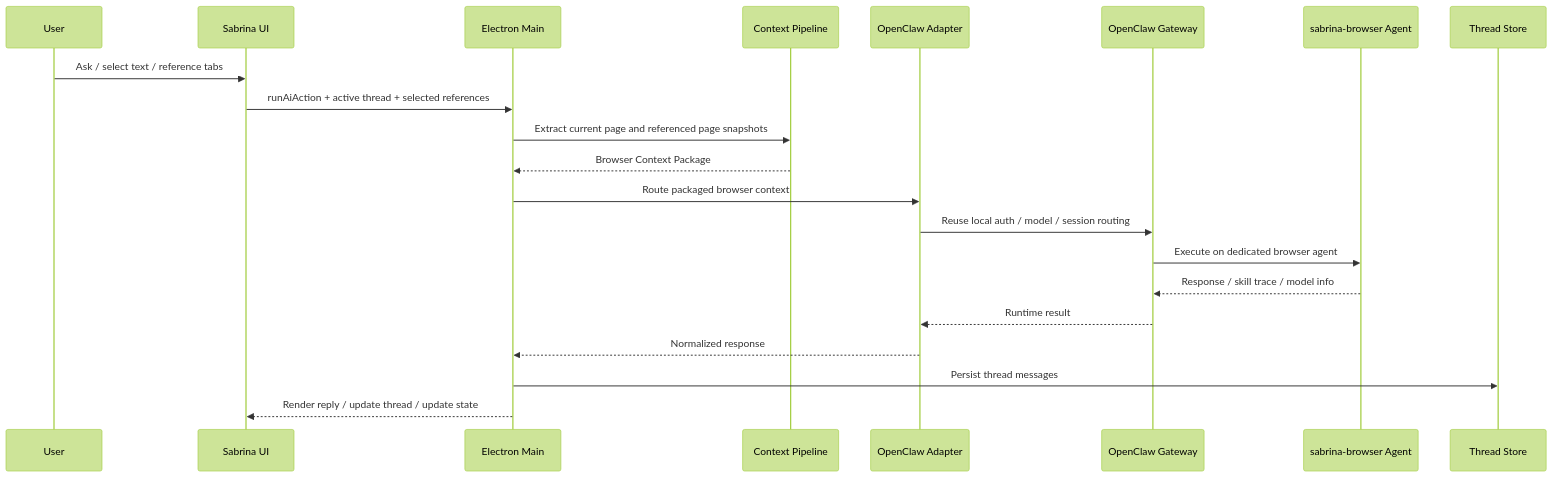
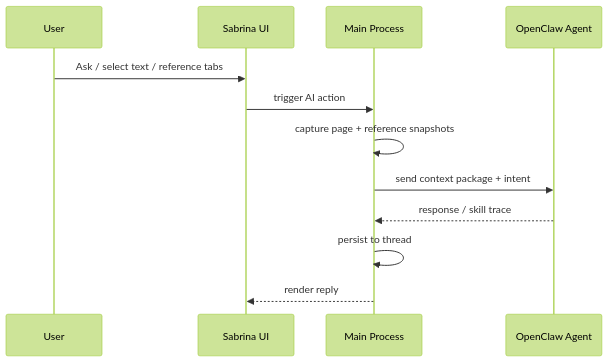
The second of 2 diagrams in README_EN.md (jiaqi015/openclaw-ai-browser), drawn with Mermaid (forest theme) before and after one commit. The commit also changed other lines of this file and 1 other file, not shown here.

First line of the commit message:
simplify: replace detailed arch diagrams with clean 3-layer view

````diff
--- a/README_EN.md
+++ b/README_EN.md
@@ -161,24 +145,15 @@
 ```mermaid
 sequenceDiagram
   participant U as User
   participant UI as Sabrina UI
-  participant Main as Electron Main
-  participant Ctx as Context Pipeline
-  participant OC as OpenClaw Adapter
-  participant GW as OpenClaw Gateway
-  participant AG as sabrina-browser Agent
-  participant TS as Thread Store
+  participant Main as Main Process
+  participant OC as OpenClaw Agent
 
   U->>UI: Ask / select text / reference tabs
-  UI->>Main: runAiAction + active thread + selected references
-  Main->>Ctx: Extract current page and referenced page snapshots
-  Ctx-->>Main: Browser Context Package
-  Main->>OC: Route packaged browser context
-  OC->>GW: Reuse local auth / model / session routing
-  GW->>AG: Execute on dedicated browser agent
-  AG-->>GW: Response / skill trace / model info
-  GW-->>OC: Runtime result
-  OC-->>Main: Normalized response
-  Main->>TS: Persist thread messages
-  Main-->>UI: Render reply / update thread / update state
+  UI->>Main: trigger AI action
+  Main->>Main: capture page + reference snapshots
+  Main->>OC: send context package + intent
+  OC-->>Main: response / skill trace
+  Main->>Main: persist to thread
+  Main-->>UI: render reply
 ```
````
